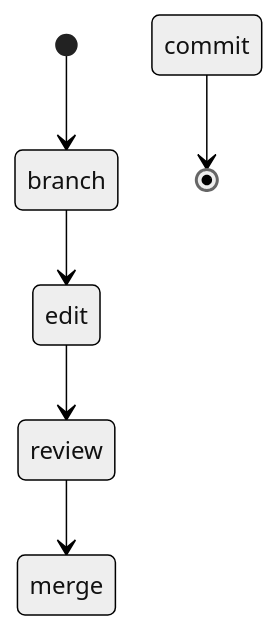
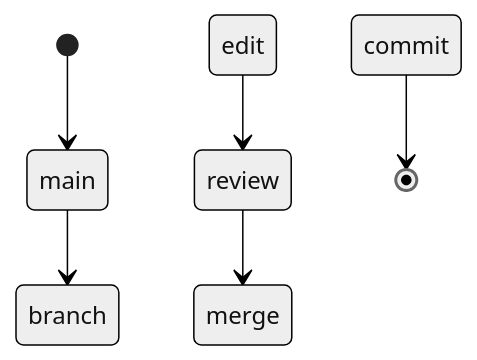
Before and after one commit to sdncoder/sdncoder.github.io: the first of 2 diagrams in README.md, drawn with Mermaid (neutral theme).

````diff
--- a/README.md
+++ b/README.md
@@ -7,8 +7,8 @@
 ```mermaid
    stateDiagram
-    [*] --> branch
-    branch --> edit
+    [*] --> main
+    main --> branch
     edit --> review
     review --> merge
     commit --> [*]
  ```
````
